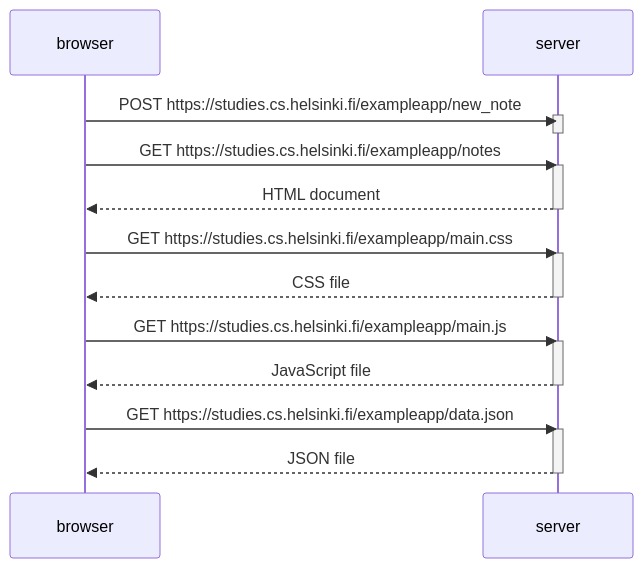
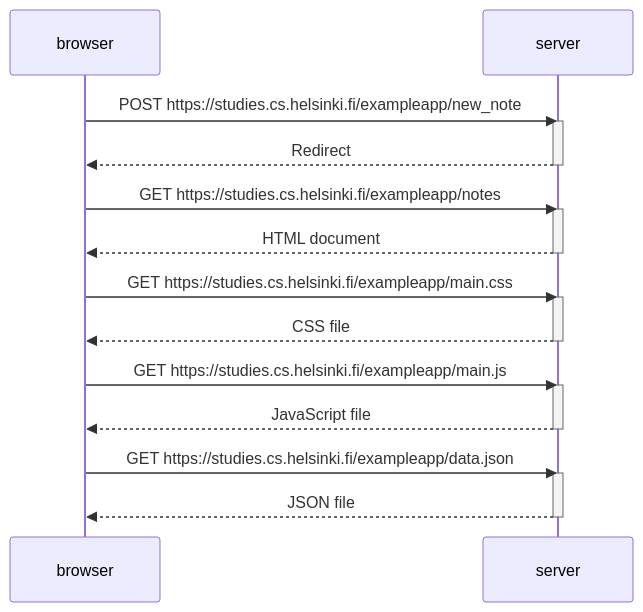
The diagram in part0/0.4diagram.md (romeopopescu/FullStackCourse), drawn with Mermaid before and after one commit.

Commit message:
Added the server response from the POST request

````diff
--- a/part0/0.4diagram.md
+++ b/part0/0.4diagram.md
@@ -1,30 +1,31 @@
 ```mermaid
 sequenceDiagram
   participant browser
   participant server
 
   browser->>server: POST https://studies.cs.helsinki.fi/exampleapp/new_note
   activate server
+  server-->>browser: Redirect
   deactivate server
 
   browser->>server: GET https://studies.cs.helsinki.fi/exampleapp/notes
   activate server
   server-->>browser: HTML document
   deactivate server
 
   browser->>server: GET https://studies.cs.helsinki.fi/exampleapp/main.css
   activate server
   server-->>browser: CSS file
   deactivate server
 
   browser->>server: GET https://studies.cs.helsinki.fi/exampleapp/main.js
   activate server
   server-->>browser: JavaScript file
   deactivate server
 
   browser->>server: GET https://studies.cs.helsinki.fi/exampleapp/data.json
   activate server
   server-->>browser: JSON file
   deactivate server
       
 ```
````
